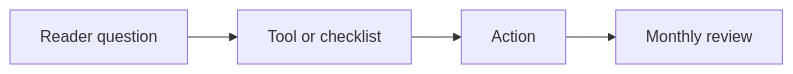
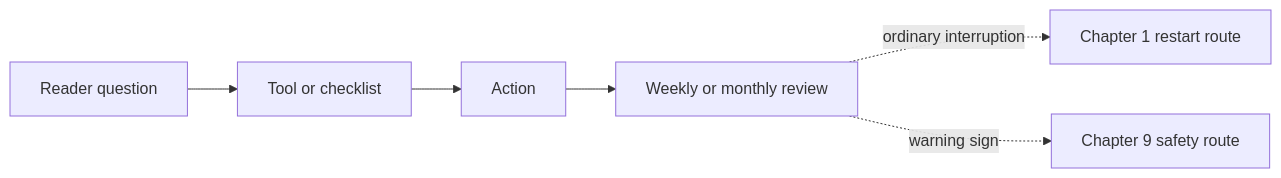
The first of 3 diagrams in book/appendices/AGENTS.md (streamentry/streamentry), drawn with Mermaid before and after one commit. The commit also changed other lines of this file and 19 other files, not shown here.

````diff
--- a/book/appendices/AGENTS.md
+++ b/book/appendices/AGENTS.md
@@ -25,4 +27,6 @@
 ```mermaid
 flowchart LR
-  Q["Reader question"] --> T["Tool or checklist"] --> A["Action"] --> R["Monthly review"]
+  Q["Reader question"] --> T["Tool or checklist"] --> A["Action"] --> R["Weekly or monthly review"]
+  R -. "ordinary interruption" .-> S["Chapter 1 restart route"]
+  R -. "warning sign" .-> C["Chapter 9 safety route"]
 ```
````
